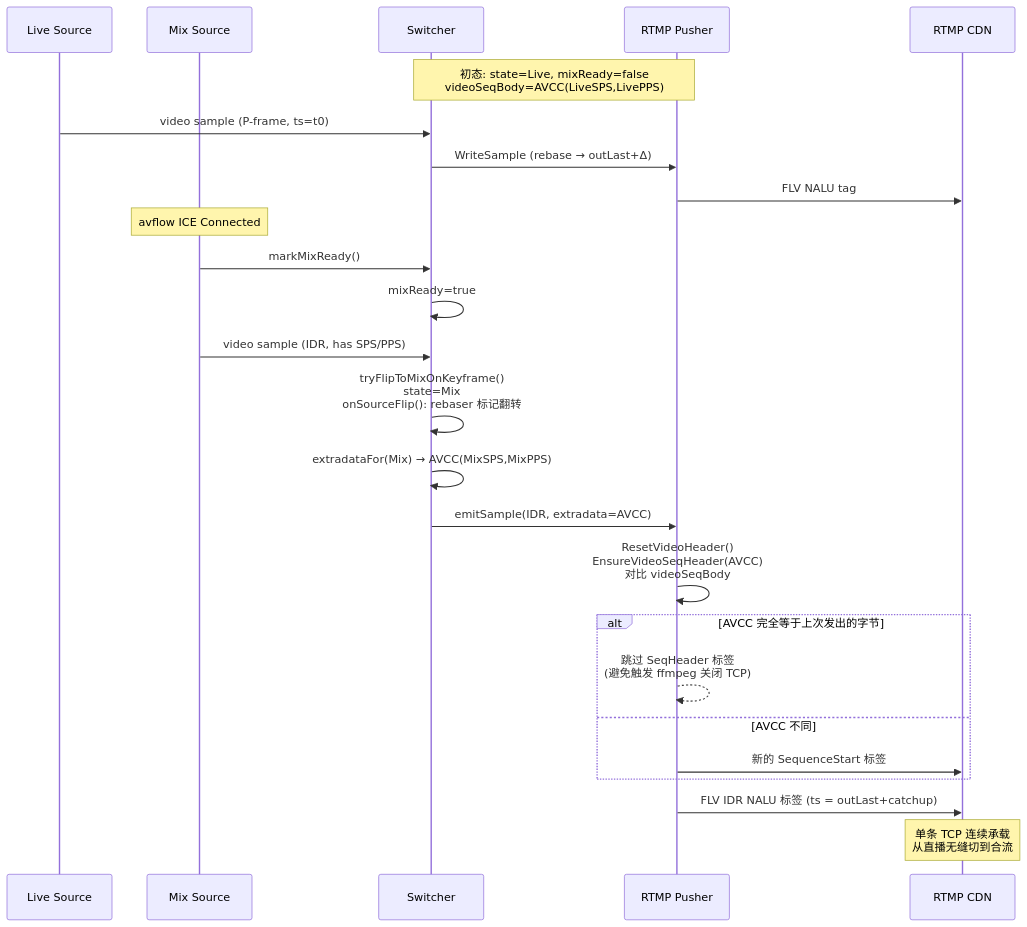
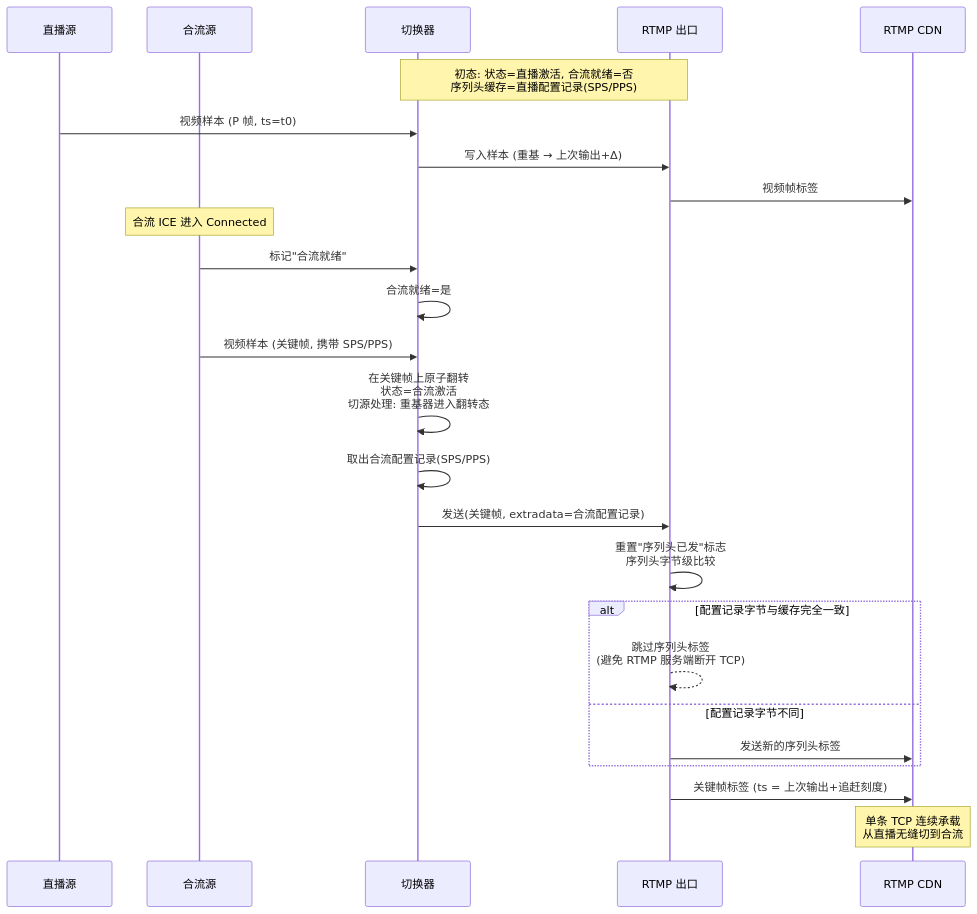
Before and after one commit to axonkit/axonkit: the third of 5 diagrams in docs/patent/broadcast-source-switch.md, drawn with Mermaid. The commit also changed other lines of this file, not shown here.

First line of the commit message:
feat(docs): update broadcast-source-switch documentation for clarity and accuracy

````diff
--- a/docs/patent/broadcast-source-switch.md
+++ b/docs/patent/broadcast-source-switch.md
@@ -145,31 +152,31 @@
 ```mermaid
 sequenceDiagram
-    participant Live as Live Source
-    participant Mix as Mix Source
-    participant SW as Switcher
-    participant RP as RTMP Pusher
+    participant Live as 直播源
+    participant Mix as 合流源
+    participant SW as 切换器
+    participant RP as RTMP 出口
     participant CDN as RTMP CDN
 
-    Note over SW,RP: 初态: state=Live, mixReady=false<br/>videoSeqBody=AVCC(LiveSPS,LivePPS)
+    Note over SW,RP: 初态: 状态=直播激活, 合流就绪=否<br/>序列头缓存=直播配置记录(SPS/PPS)
 
-    Live->>SW: video sample (P-frame, ts=t0)
-    SW->>RP: WriteSample (rebase → outLast+Δ)
-    RP->>CDN: FLV NALU tag
+    Live->>SW: 视频样本 (P 帧, ts=t0)
+    SW->>RP: 写入样本 (重基 → 上次输出+Δ)
+    RP->>CDN: 视频帧标签
 
-    Note over Mix: avflow ICE Connected
-    Mix->>SW: markMixReady()
-    SW->>SW: mixReady=true
+    Note over Mix: 合流 ICE 进入 Connected
+    Mix->>SW: 标记"合流就绪"
+    SW->>SW: 合流就绪=是
 
-    Mix->>SW: video sample (IDR, has SPS/PPS)
-    SW->>SW: tryFlipToMixOnKeyframe()<br/>state=Mix<br/>onSourceFlip(): rebaser 标记翻转
-    SW->>SW: extradataFor(Mix) → AVCC(MixSPS,MixPPS)
-    SW->>RP: emitSample(IDR, extradata=AVCC)
-    RP->>RP: ResetVideoHeader()<br/>EnsureVideoSeqHeader(AVCC)<br/>对比 videoSeqBody
-    alt AVCC 完全等于上次发出的字节
-        RP-->>RP: 跳过 SeqHeader 标签<br/>(避免触发 ffmpeg 关闭 TCP)
-    else AVCC 不同
-        RP->>CDN: 新的 SequenceStart 标签
+    Mix->>SW: 视频样本 (关键帧, 携带 SPS/PPS)
+    SW->>SW: 在关键帧上原子翻转<br/>状态=合流激活<br/>切源处理: 重基器进入翻转态
+    SW->>SW: 取出合流配置记录(SPS/PPS)
+    SW->>RP: 发送(关键帧, extradata=合流配置记录)
+    RP->>RP: 重置"序列头已发"标志<br/>序列头字节级比较
+    alt 配置记录字节与缓存完全一致
+        RP-->>RP: 跳过序列头标签<br/>(避免 RTMP 服务端断开 TCP)
+    else 配置记录字节不同
+        RP->>CDN: 发送新的序列头标签
     end
-    RP->>CDN: FLV IDR NALU 标签 (ts = outLast+catchup)
+    RP->>CDN: 关键帧标签 (ts = 上次输出+追赶刻度)
     Note over CDN: 单条 TCP 连续承载<br/>从直播无缝切到合流
 ```
````
